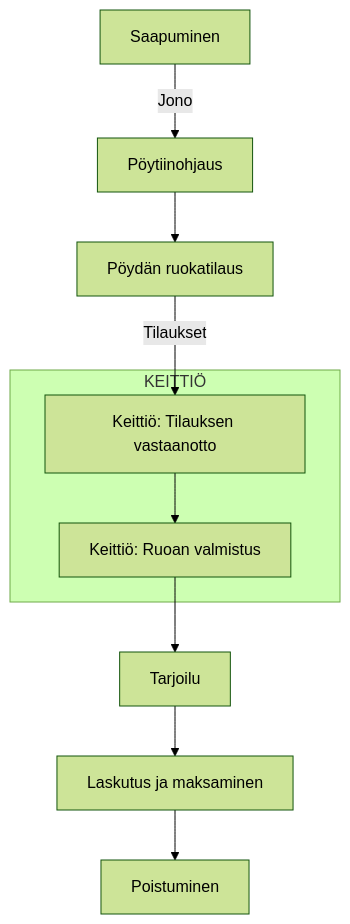
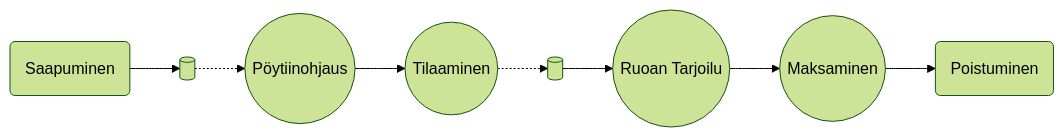
The diagram in README.md (onnikiv/Simu-Projekti), drawn with Mermaid (forest theme) before and after one commit.

Commit message:
karkea malli asiakkaasta

````diff
--- a/README.md
+++ b/README.md
@@ -4,14 +4,12 @@
 ```mermaid
-graph
-    A[Saapuminen] -->|Jono| B[Pöytiinohjaus]
-    B --> C[Pöydän ruokatilaus]
-    C -->|Tilaukset| K[Keittiö: Tilauksen vastaanotto]
-    K --> L[Keittiö: Ruoan valmistus]
-    L --> F[Tarjoilu]
-    F --> G[Laskutus ja maksaminen]
-    G --> H[Poistuminen]
-    subgraph KEITTIÖ
-        K
-        L
-    end
+flowchart LR
+
+A(Saapuminen) --> B[( )]
+B .-> C((Pöytiinohjaus))
+C --> D((Tilaaminen))
+D .-> E[( )]
+E --> F((Ruoan Tarjoilu))
+F --> G((Maksaminen))
+G --> H(Poistuminen)
+
 ```
````
